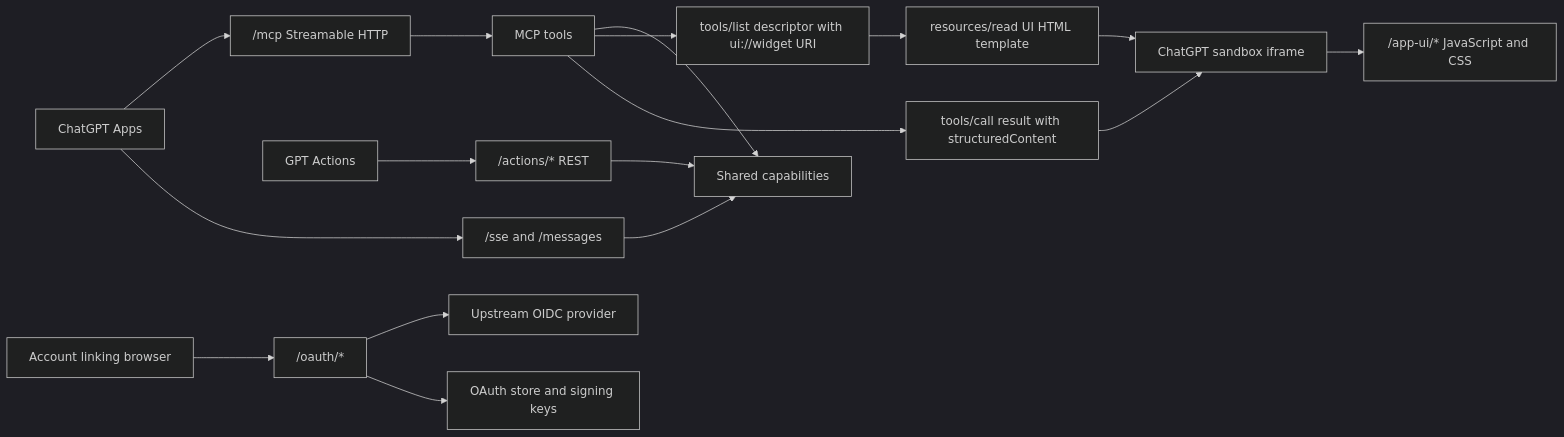
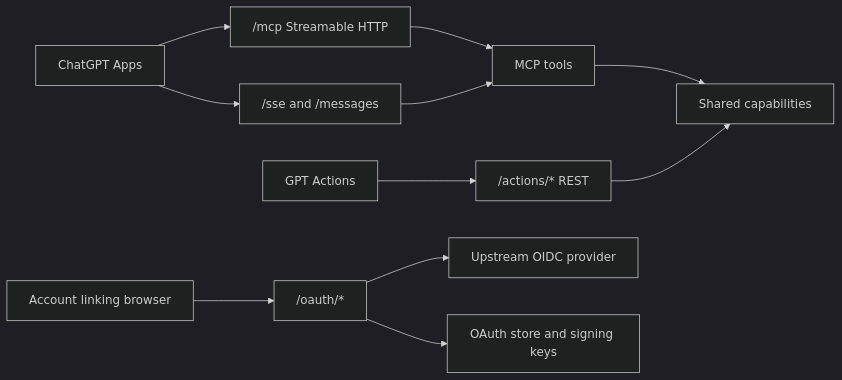
Before and after one commit to jmillpps/encore-mcp-base: the first of 2 diagrams in README.md, drawn with Mermaid (dark theme). The commit also changed other lines of this file, not shown here.

Commit message:
Split README runtime diagrams

````diff
--- a/README.md
+++ b/README.md
@@ -45,19 +45,13 @@
 ```mermaid
 flowchart LR
   Apps["ChatGPT Apps"] --> Mcp["/mcp Streamable HTTP"]
   Apps --> Sse["/sse and /messages"]
   Actions["GPT Actions"] --> Rest["/actions/* REST"]
   Browser["Account linking browser"] --> OAuth["/oauth/*"]
   OAuth --> Idp["Upstream OIDC provider"]
   Mcp --> Tools["MCP tools"]
   Tools --> Capabilities["Shared capabilities"]
-  Tools --> ToolDescriptor["tools/list descriptor with ui://widget URI"]
-  Tools --> ToolResult["tools/call result with structuredContent"]
-  ToolDescriptor --> UiResources["resources/read UI HTML template"]
-  ToolResult --> Iframe["ChatGPT sandbox iframe"]
-  UiResources --> Iframe
-  Iframe --> WidgetAssets["/app-ui/* JavaScript and CSS"]
-  Sse --> Capabilities
+  Sse --> Tools
   Rest --> Capabilities
   OAuth --> Store["OAuth store and signing keys"]
 ```
````
